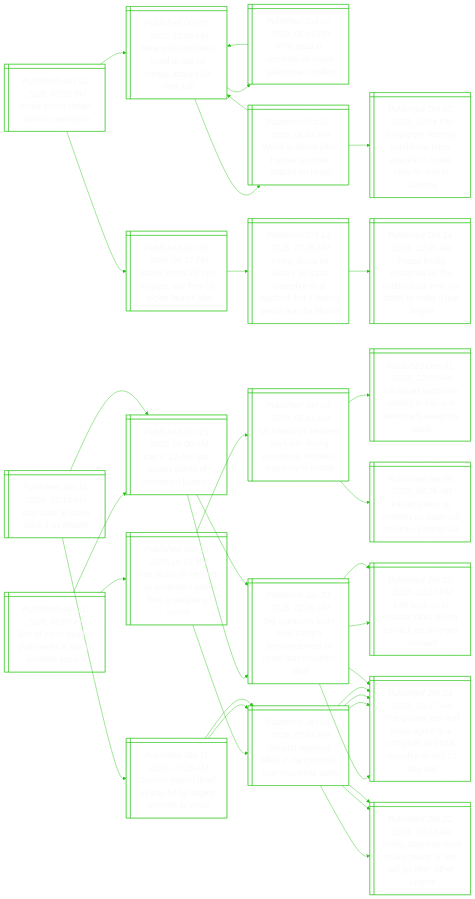
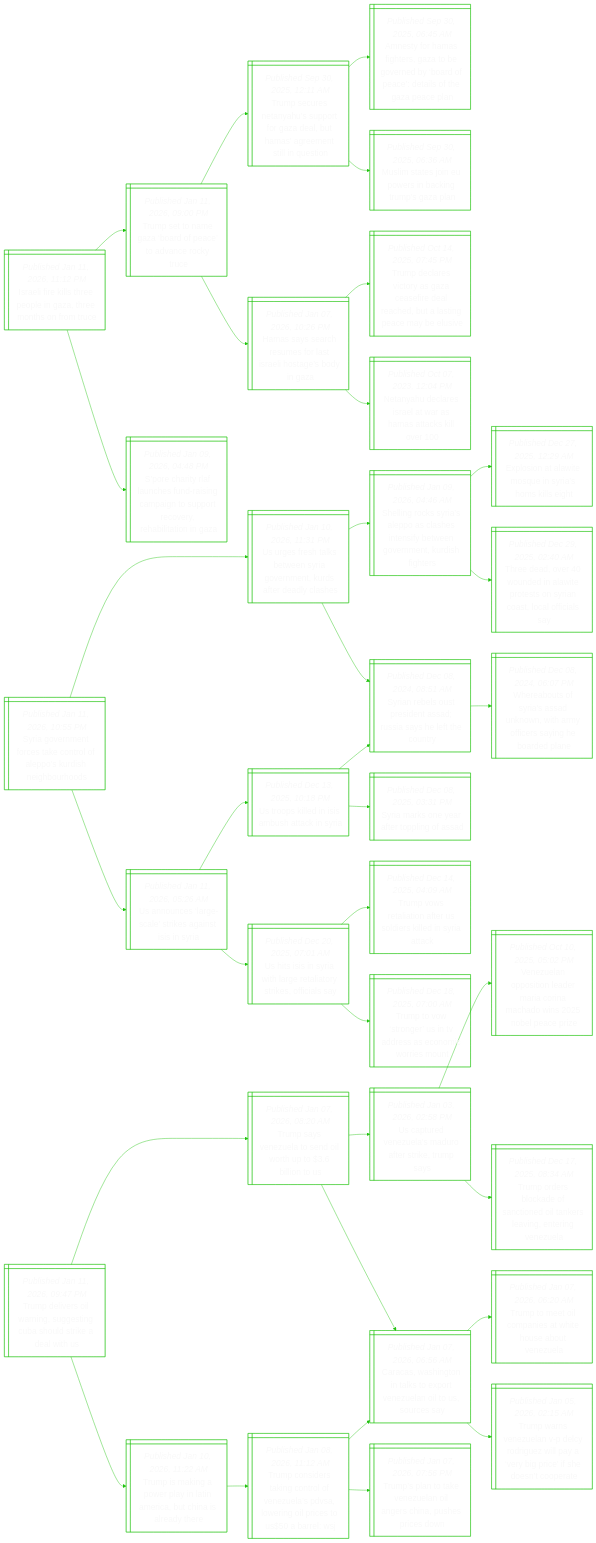
The diagram in README.md (notJmes/notJmes), drawn with Mermaid before and after one commit. The commit also changed other lines of this file, not shown here.

````diff
--- a/README.md
+++ b/README.md
@@ -16,109 +16,112 @@
 flowchart LR
 classDef txtsize font-size:20px;
 
-IlitiNy@{ shape: win-pane, label: "_Published Jan 11, 2026, 07:25 PM_
-Israeli police detain aide to netanyahu" }
+Ileselarnnt@{ shape: win-pane, label: "_Published Jan 11, 2026, 11:12 PM_
+Israeli fire kills three people in gaza, three months on from truce" }
+TsnaaPtaor@{ shape: win-pane, label: "_Published Jan 11, 2026, 09:00 PM_
+Trump set to name gaza ‘board of peace’ to advance rocky truce" }
+Tseaupoabmrnluo@{ shape: win-pane, label: "_Published Sep 30, 2025, 12:11 AM_
+Trump secures netanyahu’s support for gaza deal, but hamas’ agreement still in question" }
+AtHfezerydatoGel@{ shape: win-pane, label: "_Published Sep 30, 2025, 06:45 AM_
+Amnesty for hamas fighters, gaza to be governed by ‘board of peace’: details of the gaza peace plan" }
+Mmenwniuaa@{ shape: win-pane, label: "_Published Sep 30, 2025, 06:36 AM_
+Muslim states join eu powers in backing trump’s gaza plan" }
+HserelsiaoG@{ shape: win-pane, label: "_Published Jan 07, 2026, 10:26 PM_
+Hamas says search resumes for last israeli hostage’s body in gaza" }
+Tdrcaaededlncbs@{ shape: win-pane, label: "_Published Oct 14, 2025, 07:45 PM_
+Trump declares victory as gaza ceasefire deal reached, but a lasting peace may be elusive" }
 NyeeawHakl@{ shape: win-pane, label: "_Published Oct 07, 2023, 12:04 PM_
 Netanyahu declares israel at war as hamas attacks kill over 100" }
-WzptIleint@{ shape: win-pane, label: "_Published Oct 07, 2023, 05:15 PM_
-Why gaza is epicentre of israeli-palestinian conflict" }
-NyeeawHakl@{ shape: win-pane, label: "_Published Oct 07, 2023, 12:04 PM_
-Netanyahu declares israel at war as hamas attacks kill over 100" }
-Wiceapaks@{ shape: win-pane, label: "_Published Oct 07, 2023, 06:44 PM_
-World in shock after hamas surprise attacks on israel" }
-NyeeawHakl@{ shape: win-pane, label: "_Published Oct 07, 2023, 12:04 PM_
-Netanyahu declares israel at war as hamas attacks kill over 100" }
-SptldtrcIlsnic@{ shape: win-pane, label: "_Published Oct 07, 2023, 10:24 PM_
-Singapore strongly condemns terror attacks on israel, calls for end to violence" }
-Ilclrztikui@{ shape: win-pane, label: "_Published Jan 08, 2026, 06:27 PM_
-Israeli forces kill four in gaza, say they hit rocket launch site" }
-Tdrcaaededlncbs@{ shape: win-pane, label: "_Published Oct 14, 2025, 07:45 PM_
-Trump declares victory as gaza ceasefire deal reached, but a lasting peace may be elusive" }
-PflcoMeNelale@{ shape: win-pane, label: "_Published Oct 14, 2025, 12:05 AM_
-Peace finally descends on the middle east: now the battle to make it last begins" }
+SctFcuicisroritn@{ shape: win-pane, label: "_Published Jan 09, 2026, 04:48 PM_
+S’pore charity rlaf launches fund-raising campaign to support recovery, rehabilitation in gaza" }
 
-IlitiNy:::txtsize --> NyeeawHakl:::txtsize
-NyeeawHakl:::txtsize --> WzptIleint:::txtsize
-WzptIleint:::txtsize --> NyeeawHakl:::txtsize
-NyeeawHakl:::txtsize --> Wiceapaks:::txtsize
-Wiceapaks:::txtsize --> NyeeawHakl:::txtsize
-Wiceapaks:::txtsize --> SptldtrcIlsnic:::txtsize
-IlitiNy:::txtsize --> Ilclrztikui:::txtsize
-Ilclrztikui:::txtsize --> Tdrcaaededlncbs:::txtsize
-Tdrcaaededlncbs:::txtsize --> PflcoMeNelale:::txtsize
+Ileselarnnt:::txtsize --> TsnaaPtaor:::txtsize
+TsnaaPtaor:::txtsize --> Tseaupoabmrnluo:::txtsize
+Tseaupoabmrnluo:::txtsize --> AtHfezerydatoGel:::txtsize
+Tseaupoabmrnluo:::txtsize --> Mmenwniuaa:::txtsize
+TsnaaPtaor:::txtsize --> HserelsiaoG:::txtsize
+HserelsiaoG:::txtsize --> Tdrcaaededlncbs:::txtsize
+HserelsiaoG:::txtsize --> NyeeawHakl:::txtsize
+Ileselarnnt:::txtsize --> SctFcuicisroritn:::txtsize
 
-SItehseosn@{ shape: win-pane, label: "_Published Jan 11, 2026, 06:57 PM_
-Son of iran’s toppled shah seeks a role as protests expand" }
-IDrenuibe@{ shape: win-pane, label: "_Published Jun 25, 2025, 05:00 AM_
-Iran’s ‘12-day war’ leaves plenty of unfinished business" }
-BenmTsueIlcfe@{ shape: win-pane, label: "_Published Jun 24, 2025, 02:30 PM_
-Big questions loom over trump’s announcement of israel-iran ceasefire deal" }
-Tsrdeecedletdr@{ shape: win-pane, label: "_Published Jun 24, 2025, 06:17 AM_
-Trump says iran and israel agree to a ‘complete and total’ ceasefire to end 12-day war" }
-IatlauciUett@{ shape: win-pane, label: "_Published Jun 20, 2025, 10:10 PM_
-Iran says no to nuclear talks during conflict, as un urges restraint" }
-Ihfeatrreine@{ shape: win-pane, label: "_Published Jan 09, 2026, 06:01 PM_
-Iran shuts off internet as protesters start fires in widening unrest" }
-Saokdatocis@{ shape: win-pane, label: "_Published Jan 01, 2026, 07:34 PM_
-Several reported killed in iran protests over economic woes" }
-Tsrseeworre@{ shape: win-pane, label: "_Published Jun 22, 2025, 08:14 AM_
-Trump says iran must make peace or ‘we will go after’ other targets" }
-Tsrdeecedletdr@{ shape: win-pane, label: "_Published Jun 24, 2025, 06:17 AM_
-Trump says iran and israel agree to a ‘complete and total’ ceasefire to end 12-day war" }
-Uaseynncueoiu@{ shape: win-pane, label: "_Published Jan 09, 2026, 05:41 AM_
-Us treasury’s bessent says iran facing precarious moment, economy in trouble" }
-Uunnaoanlpr@{ shape: win-pane, label: "_Published Dec 31, 2025, 12:09 AM_
-Us issues sanctions related to iran and venezuela weapons trade" }
-Iaerteoune@{ shape: win-pane, label: "_Published Jan 09, 2026, 06:26 AM_
-Iranians step up protests as death toll mounts, internet cut" }
+Sgnfscolsiiud@{ shape: win-pane, label: "_Published Jan 11, 2026, 10:55 PM_
+Syria government forces take control of aleppo’s kurdish neighbourhoods" }
+Ueskwyomufece@{ shape: win-pane, label: "_Published Jan 10, 2026, 11:31 PM_
+Us urges fresh talks between syria government, kurds after deadly clashes" }
+SicrlasnitgnKsh@{ shape: win-pane, label: "_Published Jan 09, 2026, 04:46 AM_
+Shelling rocks syria’s aleppo as clashes intensify between government, kurdish fighters" }
+Estisnasst@{ shape: win-pane, label: "_Published Dec 27, 2025, 12:29 AM_
+Explosion at alawite mosque in syria’s homs kills eight" }
+Tdvuiwrtycloia@{ shape: win-pane, label: "_Published Dec 29, 2025, 02:40 AM_
+Three dead, over 40 wounded in alawite protests on syrian coast, local officials say" }
+SnltiARahtoy@{ shape: win-pane, label: "_Published Dec 08, 2024, 08:51 AM_
+Syrian rebels oust president assad; russia says he left the country" }
+Wasrsnnafriben@{ shape: win-pane, label: "_Published Dec 08, 2024, 06:07 PM_
+Whereabouts of syria's assad unknown, with army officers saying he boarded plane" }
+UoseekaIna@{ shape: win-pane, label: "_Published Jan 11, 2026, 05:26 AM_
+Us announces ‘large-scale’ strikes against isis in syria" }
+Uolnahcy@{ shape: win-pane, label: "_Published Dec 13, 2025, 10:18 PM_
+Us troops killed in isis ambush attack in syria" }
+SnltiARahtoy@{ shape: win-pane, label: "_Published Dec 08, 2024, 08:51 AM_
+Syrian rebels oust president assad; russia says he left the country" }
+Smoaepoa@{ shape: win-pane, label: "_Published Dec 08, 2025, 03:31 PM_
+Syria marks one year after toppling of assad" }
+Usiihelrifay@{ shape: win-pane, label: "_Published Dec 20, 2025, 07:01 AM_
+Us hits isis in syria with large retaliatory strikes, officials say" }
+TveaaUdkdrt@{ shape: win-pane, label: "_Published Dec 14, 2025, 04:09 AM_
+Trump vows retaliation after us soldiers killed in syria attack" }
+Ttsgidsociu@{ shape: win-pane, label: "_Published Dec 18, 2025, 07:00 AM_
+Trump to vow ‘stronger’ us in tv address as economic worries mount" }
 
-SItehseosn:::txtsize --> IDrenuibe:::txtsize
-IDrenuibe:::txtsize --> BenmTsueIlcfe:::txtsize
-BenmTsueIlcfe:::txtsize --> Tsrdeecedletdr:::txtsize
-BenmTsueIlcfe:::txtsize --> IatlauciUett:::txtsize
-SItehseosn:::txtsize --> Ihfeatrreine:::txtsize
-Ihfeatrreine:::txtsize --> Saokdatocis:::txtsize
-Saokdatocis:::txtsize --> Tsrseeworre:::txtsize
-Saokdatocis:::txtsize --> Tsrdeecedletdr:::txtsize
-Ihfeatrreine:::txtsize --> Uaseynncueoiu:::txtsize
-Uaseynncueoiu:::txtsize --> Uunnaoanlpr:::txtsize
-Uaseynncueoiu:::txtsize --> Iaerteoune:::txtsize
+Sgnfscolsiiud:::txtsize --> Ueskwyomufece:::txtsize
+Ueskwyomufece:::txtsize --> SicrlasnitgnKsh:::txtsize
+SicrlasnitgnKsh:::txtsize --> Estisnasst:::txtsize
+SicrlasnitgnKsh:::txtsize --> Tdvuiwrtycloia:::txtsize
+Ueskwyomufece:::txtsize --> SnltiARahtoy:::txtsize
+SnltiARahtoy:::txtsize --> Wasrsnnafriben:::txtsize
+Sgnfscolsiiud:::txtsize --> UoseekaIna:::txtsize
+UoseekaIna:::txtsize --> Uolnahcy:::txtsize
+Uolnahcy:::txtsize --> SnltiARahtoy:::txtsize
+Uolnahcy:::txtsize --> Smoaepoa:::txtsize
+UoseekaIna:::txtsize --> Usiihelrifay:::txtsize
+Usiihelrifay:::txtsize --> TveaaUdkdrt:::txtsize
+Usiihelrifay:::txtsize --> Ttsgidsociu:::txtsize
 
-Ioseits@{ shape: win-pane, label: "_Published Jan 11, 2026, 05:10 PM_
-Iran vows to strike back if us attacks" }
-Dsedabgrte@{ shape: win-pane, label: "_Published Jan 11, 2026, 07:26 AM_
-Dozens feared dead as iran hit by largest protests in years" }
-Saokdatocis@{ shape: win-pane, label: "_Published Jan 01, 2026, 07:34 PM_
-Several reported killed in iran protests over economic woes" }
-Tsrseeworre@{ shape: win-pane, label: "_Published Jun 22, 2025, 08:14 AM_
-Trump says iran must make peace or ‘we will go after’ other targets" }
-Tsrdeecedletdr@{ shape: win-pane, label: "_Published Jun 24, 2025, 06:17 AM_
-Trump says iran and israel agree to a ‘complete and total’ ceasefire to end 12-day war" }
-Saokdatocis@{ shape: win-pane, label: "_Published Jan 01, 2026, 07:34 PM_
-Several reported killed in iran protests over economic woes" }
-Tsrseeworre@{ shape: win-pane, label: "_Published Jun 22, 2025, 08:14 AM_
-Trump says iran must make peace or ‘we will go after’ other targets" }
-Tsrdeecedletdr@{ shape: win-pane, label: "_Published Jun 24, 2025, 06:17 AM_
-Trump says iran and israel agree to a ‘complete and total’ ceasefire to end 12-day war" }
-IDrenuibe@{ shape: win-pane, label: "_Published Jun 25, 2025, 05:00 AM_
-Iran’s ‘12-day war’ leaves plenty of unfinished business" }
-BenmTsueIlcfe@{ shape: win-pane, label: "_Published Jun 24, 2025, 02:30 PM_
-Big questions loom over trump’s announcement of israel-iran ceasefire deal" }
-Tsrdeecedletdr@{ shape: win-pane, label: "_Published Jun 24, 2025, 06:17 AM_
-Trump says iran and israel agree to a ‘complete and total’ ceasefire to end 12-day war" }
-IatlauciUett@{ shape: win-pane, label: "_Published Jun 20, 2025, 10:10 PM_
-Iran says no to nuclear talks during conflict, as un urges restraint" }
+Tdeligiburdi@{ shape: win-pane, label: "_Published Jan 11, 2026, 09:47 PM_
+Trump delivers oil warning, suggesting cuba should strike a deal with us" }
+TseesitoiU@{ shape: win-pane, label: "_Published Jan 07, 2026, 08:20 AM_
+Trump says venezuela to send oil worth up to $3.6 billion to us" }
+UtVuMorkms@{ shape: win-pane, label: "_Published Jan 03, 2026, 02:58 PM_
+Us captured venezuela’s maduro after strike, trump says" }
+Vuoilranhibai@{ shape: win-pane, label: "_Published Oct 10, 2025, 05:02 PM_
+Venezuelan opposition leader maria corina machado wins 2025 nobel peace prize" }
+Toskftdasitgz@{ shape: win-pane, label: "_Published Dec 17, 2025, 08:34 AM_
+Trump orders blockade of sanctioned oil tankers leaving, entering venezuela" }
+Cahoaoreatos@{ shape: win-pane, label: "_Published Jan 07, 2026, 06:56 AM_
+Caracas, washington in talks to export venezuelan oil to us, sources say" }
+TttoiWHaVu@{ shape: win-pane, label: "_Published Jan 07, 2026, 06:20 AM_
+Trump to meet oil companies at white house about venezuela" }
+TwVuVcrzpegeenpe@{ shape: win-pane, label: "_Published Jan 05, 2026, 02:15 AM_
+Trump warns venezuelan v-p delcy rodriguez will pay a ‘very big price’ if she doesn’t cooperate" }
+TiiolLAcCieh@{ shape: win-pane, label: "_Published Jan 10, 2026, 11:22 AM_
+Trump is making a power play in latin america, but china is already there" }
+TcdacoeeDonpsae@{ shape: win-pane, label: "_Published Jan 08, 2026, 11:12 AM_
+Trump considers taking control of venezuela’s pdvsa, lowering oil prices to us$50 a barrel: wsj" }
+Cahoaoreatos@{ shape: win-pane, label: "_Published Jan 07, 2026, 06:56 AM_
+Caracas, washington in talks to export venezuelan oil to us, sources say" }
+TsteznnCpsen@{ shape: win-pane, label: "_Published Jan 07, 2026, 07:56 PM_
+Trump’s plan to take venezuelan oil angers china, pushes prices down" }
 
-Ioseits:::txtsize --> Dsedabgrte:::txtsize
-Dsedabgrte:::txtsize --> Saokdatocis:::txtsize
-Saokdatocis:::txtsize --> Tsrseeworre:::txtsize
-Saokdatocis:::txtsize --> Tsrdeecedletdr:::txtsize
-Dsedabgrte:::txtsize --> Saokdatocis:::txtsize
-Saokdatocis:::txtsize --> Tsrseeworre:::txtsize
-Saokdatocis:::txtsize --> Tsrdeecedletdr:::txtsize
-Ioseits:::txtsize --> IDrenuibe:::txtsize
-IDrenuibe:::txtsize --> BenmTsueIlcfe:::txtsize
-BenmTsueIlcfe:::txtsize --> Tsrdeecedletdr:::txtsize
-BenmTsueIlcfe:::txtsize --> IatlauciUett:::txtsize
+Tdeligiburdi:::txtsize --> TseesitoiU:::txtsize
+TseesitoiU:::txtsize --> UtVuMorkms:::txtsize
+UtVuMorkms:::txtsize --> Vuoilranhibai:::txtsize
+UtVuMorkms:::txtsize --> Toskftdasitgz:::txtsize
+TseesitoiU:::txtsize --> Cahoaoreatos:::txtsize
+Cahoaoreatos:::txtsize --> TttoiWHaVu:::txtsize
+Cahoaoreatos:::txtsize --> TwVuVcrzpegeenpe:::txtsize
+Tdeligiburdi:::txtsize --> TiiolLAcCieh:::txtsize
+TiiolLAcCieh:::txtsize --> TcdacoeeDonpsae:::txtsize
+TcdacoeeDonpsae:::txtsize --> Cahoaoreatos:::txtsize
+TcdacoeeDonpsae:::txtsize --> TsteznnCpsen:::txtsize
 
 ```
````
